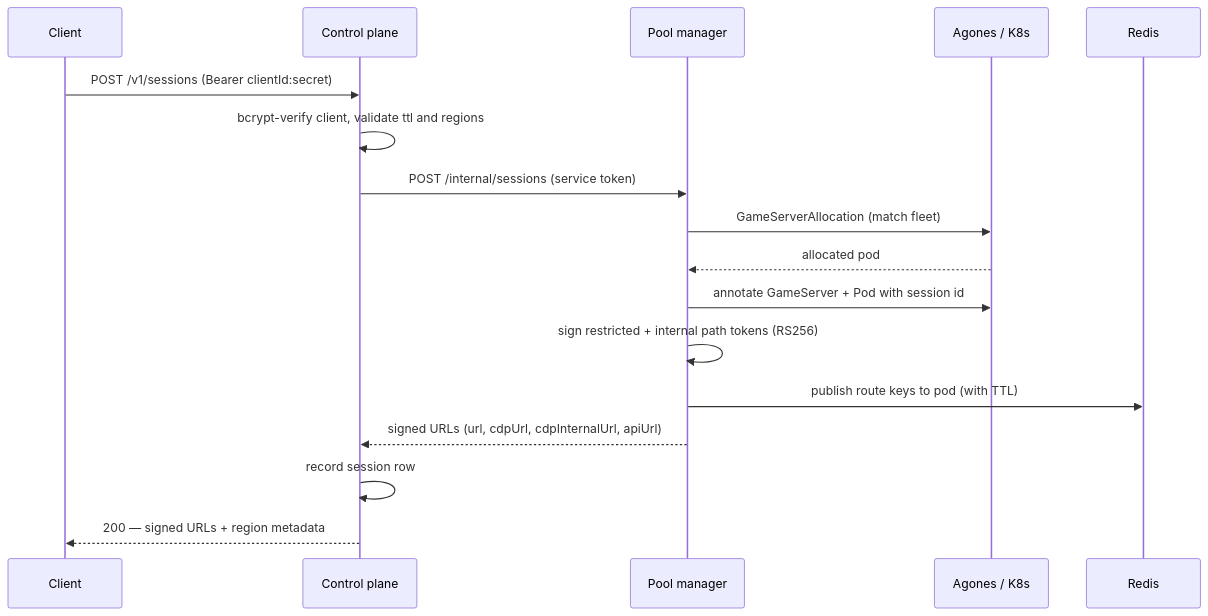
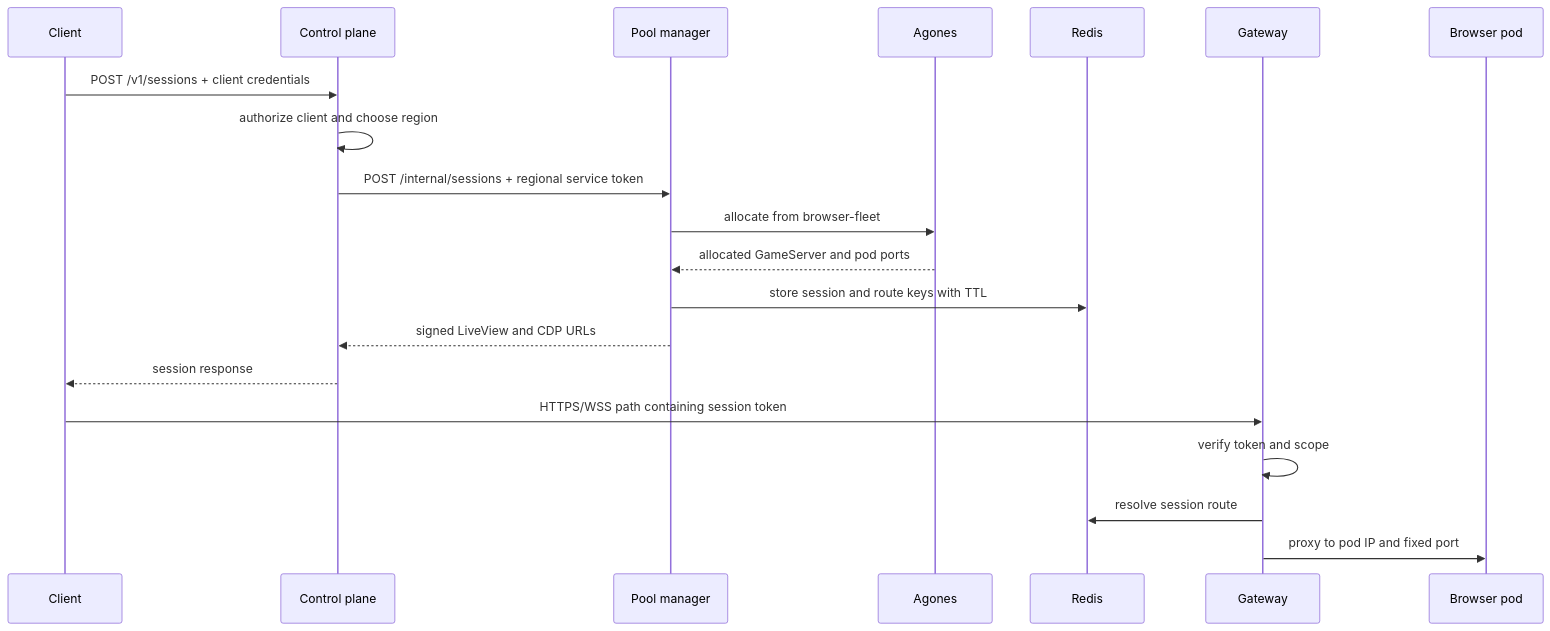
The diagram in docs/architecture.md (reclaimprotocol/popcorn-oss), drawn with Mermaid before and after one commit. The commit also changed other lines of this file and 176 other files, not shown here.

````diff
--- a/docs/architecture.md
+++ b/docs/architecture.md
@@ -77,20 +22,23 @@
 ```mermaid
 sequenceDiagram
     participant C as Client
     participant CP as Control plane
     participant PM as Pool manager
-    participant AG as Agones / K8s
+    participant A as Agones
     participant R as Redis
+    participant G as Gateway
+    participant B as Browser pod
 
-    C->>CP: POST /v1/sessions (Bearer clientId:secret)
-    CP->>CP: bcrypt-verify client, validate ttl and regions
-    CP->>PM: POST /internal/sessions (service token)
-    PM->>AG: GameServerAllocation (match fleet)
-    AG-->>PM: allocated pod
-    PM->>AG: annotate GameServer + Pod with session id
-    PM->>PM: sign restricted + internal path tokens (RS256)
-    PM->>R: publish route keys to pod (with TTL)
-    PM-->>CP: signed URLs (url, cdpUrl, cdpInternalUrl, apiUrl)
-    CP->>CP: record session row
-    CP-->>C: 200 — signed URLs + region metadata
+    C->>CP: POST /v1/sessions + client credentials
+    CP->>CP: authorize client and choose region
+    CP->>PM: POST /internal/sessions + regional service token
+    PM->>A: allocate from browser-fleet
+    A-->>PM: allocated GameServer and pod ports
+    PM->>R: store session and route keys with TTL
+    PM-->>CP: signed LiveView and CDP URLs
+    CP-->>C: session response
+    C->>G: HTTPS/WSS path containing session token
+    G->>G: verify token and scope
+    G->>R: resolve session route
+    G->>B: proxy to pod IP and fixed port
 ```
````
